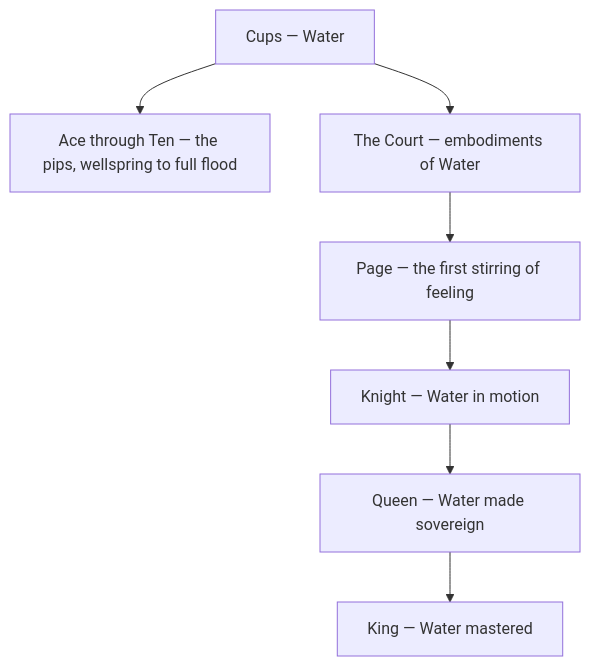
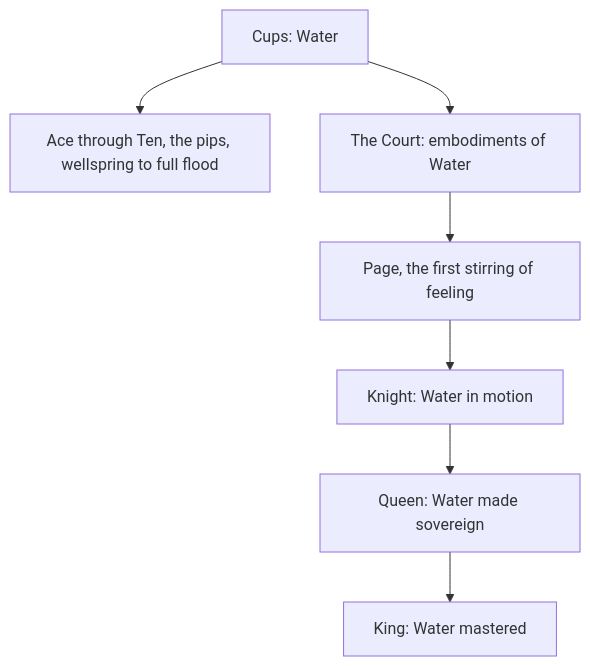
Before and after one commit to kennethreitz/kennethreitz.org: the diagram in data/knowledge/tarot/minor-arcana/cups.md, drawn with Mermaid. The commit also changed other lines of this file and 879 other files, not shown here.

````diff
--- a/data/knowledge/tarot/minor-arcana/cups.md
+++ b/data/knowledge/tarot/minor-arcana/cups.md
@@ -26,10 +26,10 @@
 ```mermaid
 flowchart TD
-    C["Cups — Water"]
-    C --> A["Ace through Ten — the pips, wellspring to full flood"]
-    C --> Ct["The Court — embodiments of Water"]
-    Ct --> P["Page — the first stirring of feeling"]
-    P --> K["Knight — Water in motion"]
-    K --> Q["Queen — Water made sovereign"]
-    Q --> Ki["King — Water mastered"]
+    C["Cups: Water"]
+    C --> A["Ace through Ten, the pips, wellspring to full flood"]
+    C --> Ct["The Court: embodiments of Water"]
+    Ct --> P["Page, the first stirring of feeling"]
+    P --> K["Knight: Water in motion"]
+    K --> Q["Queen: Water made sovereign"]
+    Q --> Ki["King: Water mastered"]
 ```
````
